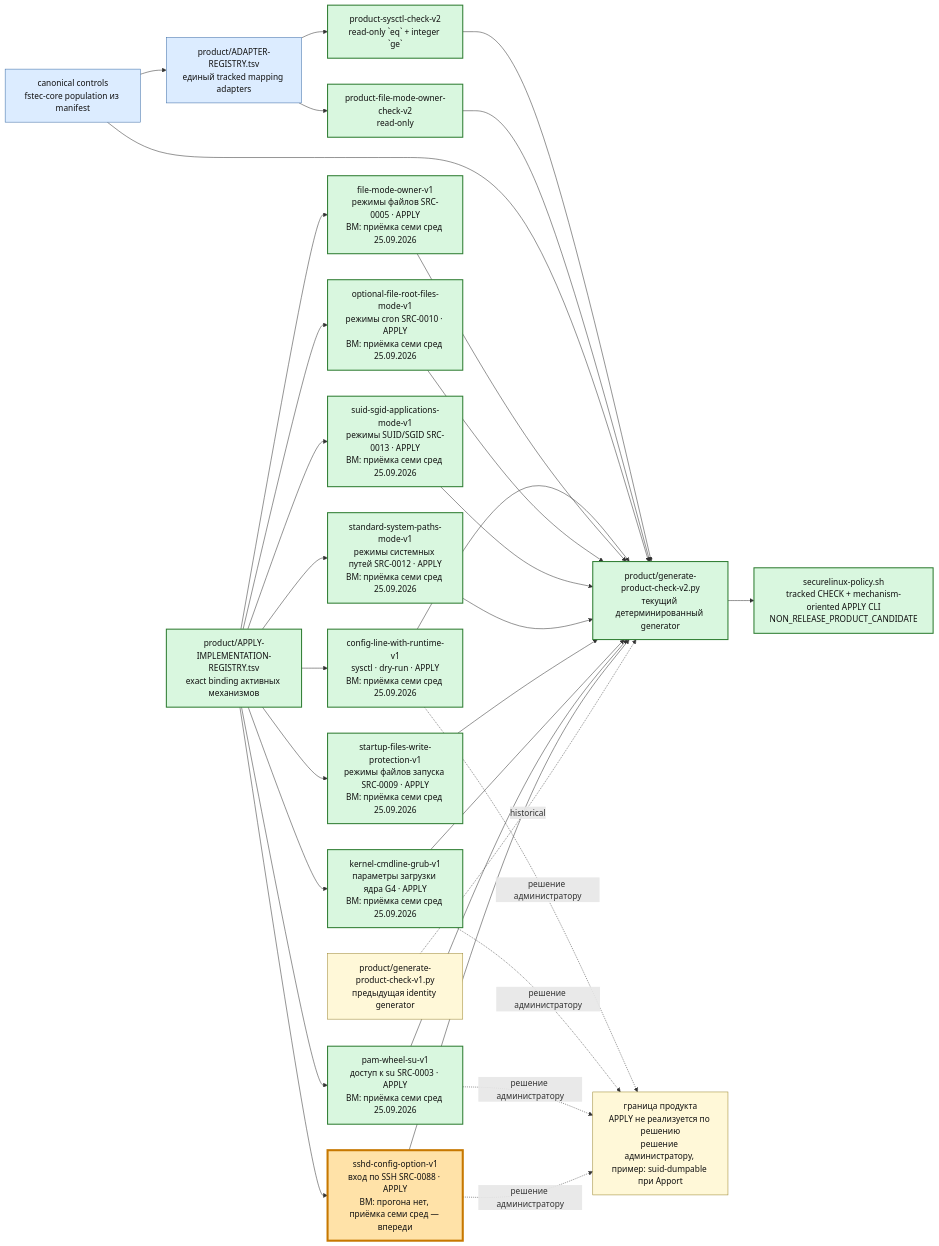
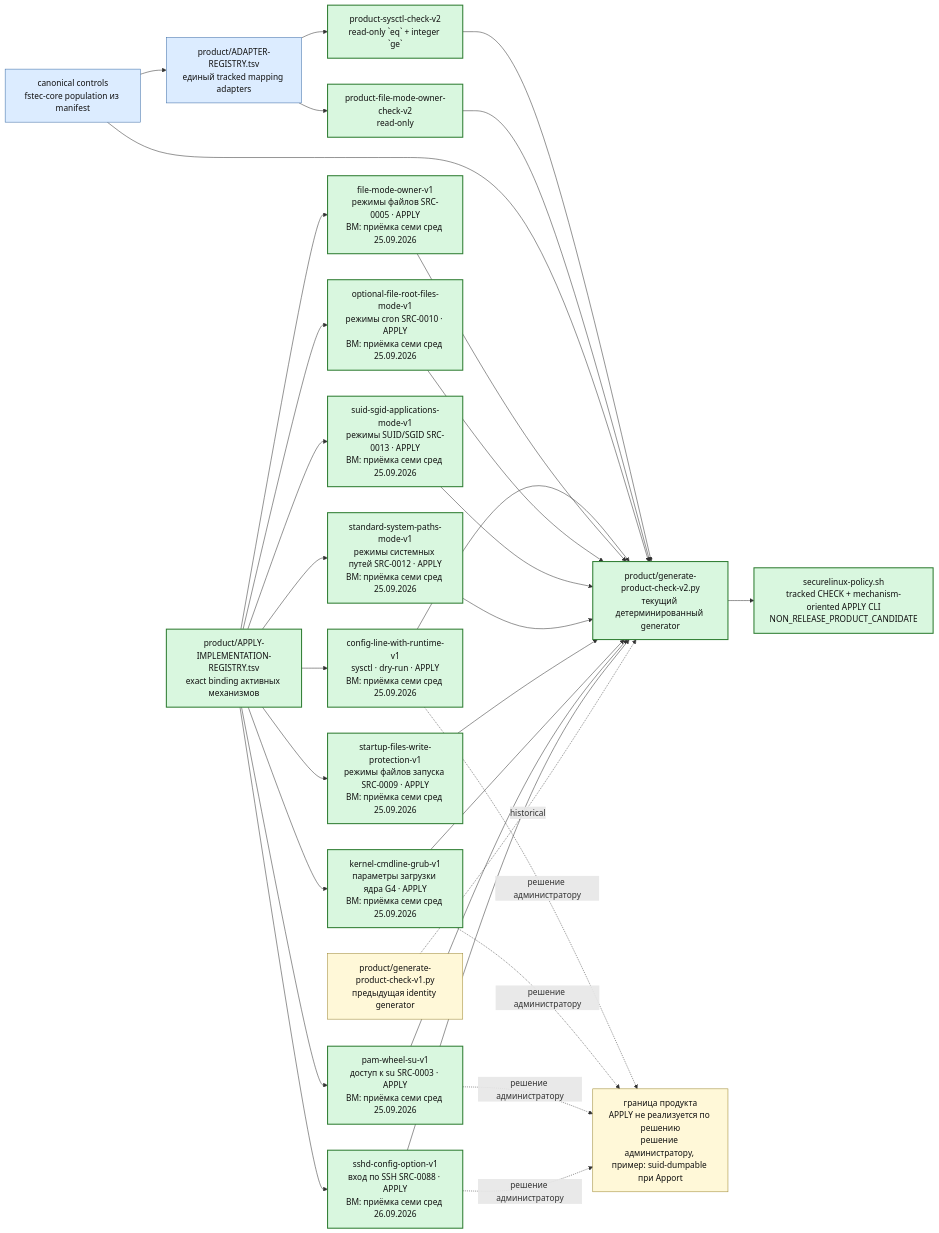
Before and after one commit to rasav65/SecureLinux-Policy: the third of 6 diagrams in docs/PROJECT-MAP.md, drawn with Mermaid. The commit also changed other lines of this file and 8 other files, not shown here.

First line of the commit message:
docs: приёмка sshd-config-option-v1 по ВМ-прогону 26.09.2026

````diff
--- a/docs/PROJECT-MAP.md
+++ b/docs/PROJECT-MAP.md
@@ -206,47 +206,47 @@
 ```mermaid
 flowchart LR
     CTRLNOW["canonical controls<br/>fstec-core population из manifest"]:::component
     REG["product/ADAPTER-REGISTRY.tsv<br/>единый tracked mapping adapters"]:::component
     SYS["product-sysctl-check-v2<br/>read-only `eq` + integer `ge`"]:::closed
     FILE["product-file-mode-owner-check-v2<br/>read-only"]:::closed
     GEN1["product/generate-product-check-v1.py<br/>предыдущая identity generator"]:::note
     GEN2["product/generate-product-check-v2.py<br/>текущий детерминированный generator"]:::closed
     IMPLREG["product/APPLY-IMPLEMENTATION-REGISTRY.tsv<br/>exact binding активных механизмов"]:::closed
     APPLY1["config-line-with-runtime-v1<br/>sysctl · dry-run · APPLY<br/>ВМ: приёмка семи сред 25.09.2026"]:::closed
     APPLY2["file-mode-owner-v1<br/>режимы файлов SRC-0005 · APPLY<br/>ВМ: приёмка семи сред 25.09.2026"]:::closed
     APPLY3["optional-file-root-files-mode-v1<br/>режимы cron SRC-0010 · APPLY<br/>ВМ: приёмка семи сред 25.09.2026"]:::closed
     APPLY4["suid-sgid-applications-mode-v1<br/>режимы SUID/SGID SRC-0013 · APPLY<br/>ВМ: приёмка семи сред 25.09.2026"]:::closed
     APPLY5["standard-system-paths-mode-v1<br/>режимы системных путей SRC-0012 · APPLY<br/>ВМ: приёмка семи сред 25.09.2026"]:::closed
     APPLY6["startup-files-write-protection-v1<br/>режимы файлов запуска SRC-0009 · APPLY<br/>ВМ: приёмка семи сред 25.09.2026"]:::closed
     APPLY7["kernel-cmdline-grub-v1<br/>параметры загрузки ядра G4 · APPLY<br/>ВМ: приёмка семи сред 25.09.2026"]:::closed
     APPLY8["pam-wheel-su-v1<br/>доступ к su SRC-0003 · APPLY<br/>ВМ: приёмка семи сред 25.09.2026"]:::closed
-    APPLY9["sshd-config-option-v1<br/>вход по SSH SRC-0088 · APPLY<br/>ВМ: прогона нет, приёмка семи сред — впереди"]:::current
+    APPLY9["sshd-config-option-v1<br/>вход по SSH SRC-0088 · APPLY<br/>ВМ: приёмка семи сред 26.09.2026"]:::closed
     CLI["securelinux-policy.sh<br/>tracked CHECK + mechanism-oriented APPLY CLI<br/>NON_RELEASE_PRODUCT_CANDIDATE"]:::closed
     ADMIN["граница продукта<br/>APPLY не реализуется по решению<br/>решение администратору, пример: suid-dumpable при Apport"]:::note
 
     CTRLNOW --> REG
     REG --> SYS
     REG --> FILE
     SYS --> GEN2
     FILE --> GEN2
     CTRLNOW --> GEN2 --> CLI
     IMPLREG --> APPLY1 --> GEN2
     IMPLREG --> APPLY2 --> GEN2
     IMPLREG --> APPLY3 --> GEN2
     IMPLREG --> APPLY4 --> GEN2
     IMPLREG --> APPLY5 --> GEN2
     IMPLREG --> APPLY6 --> GEN2
     IMPLREG --> APPLY7 --> GEN2
     IMPLREG --> APPLY8 --> GEN2
     IMPLREG --> APPLY9 --> GEN2
     APPLY1 -. решение администратору .-> ADMIN
     APPLY7 -. решение администратору .-> ADMIN
     APPLY8 -. решение администратору .-> ADMIN
     APPLY9 -. решение администратору .-> ADMIN
     GEN1 -. historical .-> GEN2
 
     classDef closed fill:#d9f7df,stroke:#2f7d32,color:#111,stroke-width:2px;
     classDef component fill:#dcecff,stroke:#3e6ea8,color:#111;
     classDef current fill:#ffe2a8,stroke:#c77800,color:#111,stroke-width:4px;
     classDef note fill:#fff8d8,stroke:#9d8730,color:#111;
 ```
````
